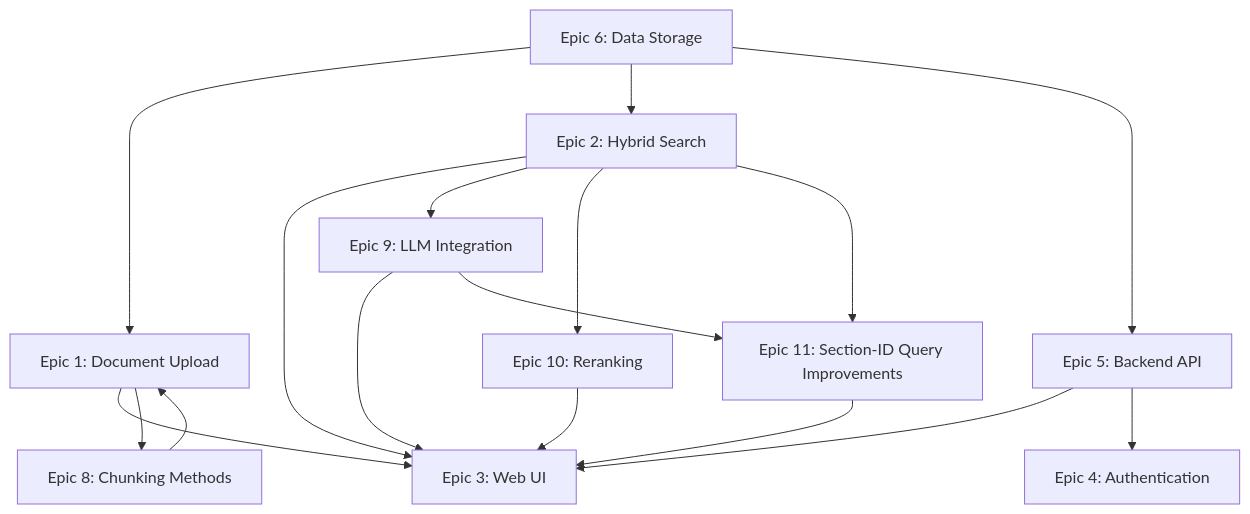
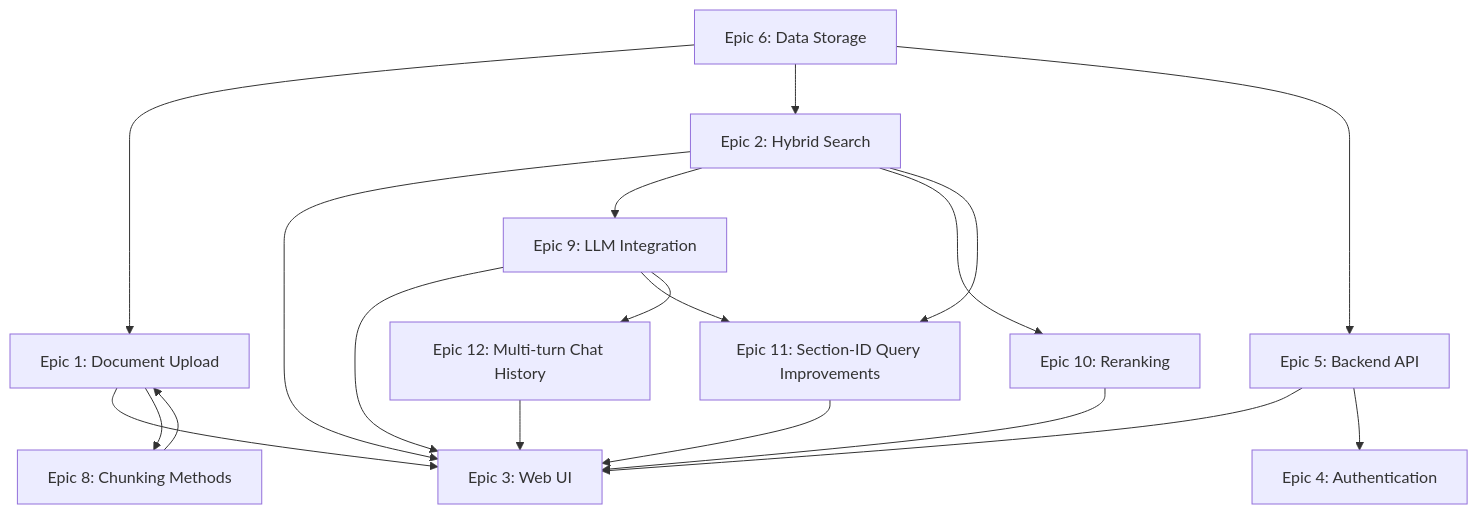
One commit to manaalmashpher/rag-backend-for-chatbot changed the diagram in docs/epics/index.md. Above: the diagram before and after it, drawn with Mermaid. The commit also changed other lines of this file and 29 other files, not shown here.

Commit message:
FEATURE: Multi-turn chat history and follow-up aware retrieval

````diff
--- a/docs/epics/index.md
+++ b/docs/epics/index.md
@@ -78,19 +85,21 @@
 ```mermaid
 graph TD
     A[Epic 6: Data Storage] --> B[Epic 1: Document Upload]
     A --> C[Epic 2: Hybrid Search]
     A --> D[Epic 5: Backend API]
     B --> E[Epic 3: Web UI]
     C --> E
     D --> E
     B --> F[Epic 8: Chunking Methods]
     F --> B
     C --> I[Epic 9: LLM Integration]
     I --> E
     C --> J[Epic 10: Reranking]
     J --> E
     C --> K[Epic 11: Section-ID Query Improvements]
     K --> E
     I --> K
+    I --> L[Epic 12: Multi-turn Chat History]
+    L --> E
     D --> G[Epic 4: Authentication]
 ```
````
